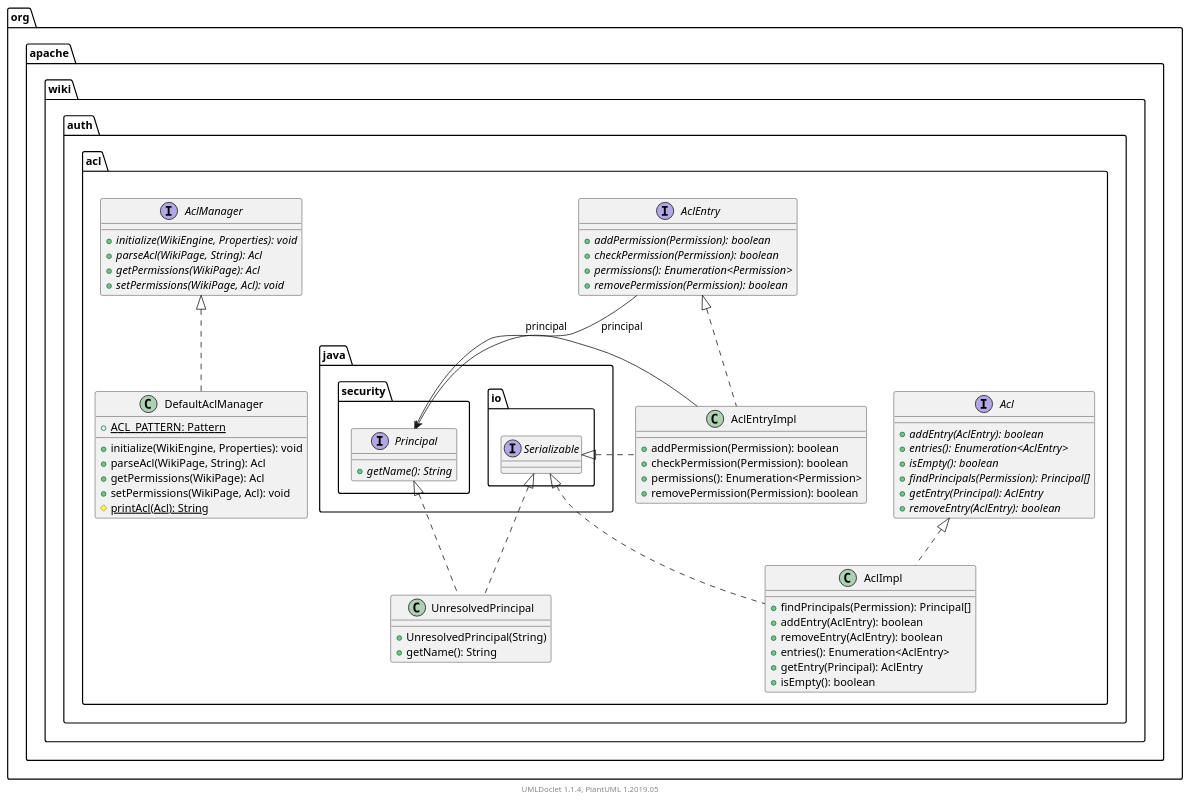
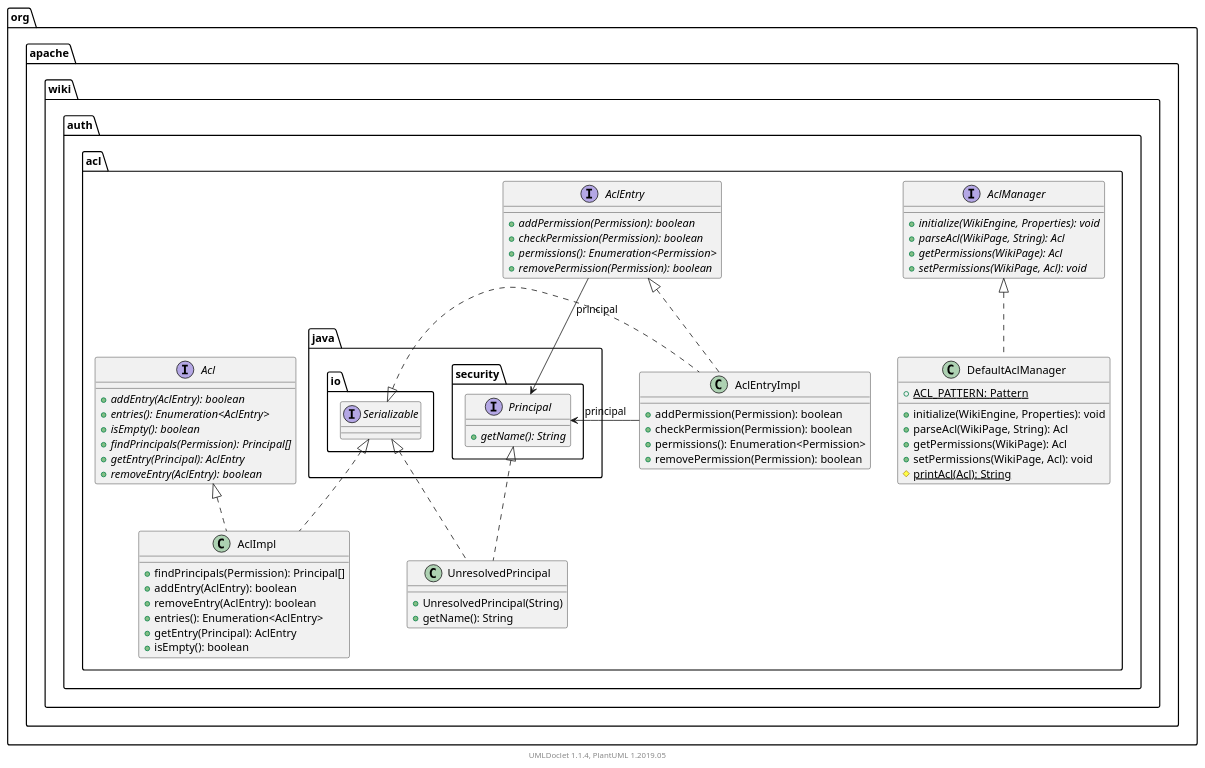
Before and after one commit to apache/jspwiki-site: the diagram in apidocs/2.11.0.M6-SNAPSHOT/org/apache/wiki/auth/acl/package.puml, drawn with PlantUML. The commit also changed other lines of this file and 1588 other files, not shown here.

```diff
--- a/apidocs/2.11.0.M6-SNAPSHOT/org/apache/wiki/auth/acl/package.puml
+++ b/apidocs/2.11.0.M6-SNAPSHOT/org/apache/wiki/auth/acl/package.puml
@@ -1,84 +1,84 @@
 @startuml
 
     namespace org.apache.wiki.auth.acl {
+
+        interface AclManager [[AclManager.html]] {
+            {abstract} +initialize(WikiEngine, Properties): void
+            {abstract} +parseAcl(WikiPage, String): Acl
+            {abstract} +getPermissions(WikiPage): Acl
+            {abstract} +setPermissions(WikiPage, Acl): void
+        }
+
+        class UnresolvedPrincipal [[UnresolvedPrincipal.html]] {
+            +UnresolvedPrincipal(String)
+            +getName(): String
+        }
+
+        interface AclEntry [[AclEntry.html]] {
+            {abstract} +addPermission(Permission): boolean
+            {abstract} +checkPermission(Permission): boolean
+            {abstract} +permissions(): Enumeration<Permission>
+            {abstract} +removePermission(Permission): boolean
+        }
+
+        class AclImpl [[AclImpl.html]] {
+            +findPrincipals(Permission): Principal[]
+            +addEntry(AclEntry): boolean
+            +removeEntry(AclEntry): boolean
+            +entries(): Enumeration<AclEntry>
+            +getEntry(Principal): AclEntry
+            +isEmpty(): boolean
+        }
 
         class AclEntryImpl [[AclEntryImpl.html]] {
             +addPermission(Permission): boolean
             +checkPermission(Permission): boolean
             +permissions(): Enumeration<Permission>
             +removePermission(Permission): boolean
         }
 
         interface Acl [[Acl.html]] {
             {abstract} +addEntry(AclEntry): boolean
             {abstract} +entries(): Enumeration<AclEntry>
             {abstract} +isEmpty(): boolean
             {abstract} +findPrincipals(Permission): Principal[]
             {abstract} +getEntry(Principal): AclEntry
             {abstract} +removeEntry(AclEntry): boolean
         }
 
         class DefaultAclManager [[DefaultAclManager.html]] {
             {static} +ACL_PATTERN: Pattern
             +initialize(WikiEngine, Properties): void
             +parseAcl(WikiPage, String): Acl
             +getPermissions(WikiPage): Acl
             +setPermissions(WikiPage, Acl): void
             {static} #printAcl(Acl): String
         }
 
-        class UnresolvedPrincipal [[UnresolvedPrincipal.html]] {
-            +UnresolvedPrincipal(String)
-            +getName(): String
-        }
-
-        interface AclEntry [[AclEntry.html]] {
-            {abstract} +addPermission(Permission): boolean
-            {abstract} +checkPermission(Permission): boolean
-            {abstract} +permissions(): Enumeration<Permission>
-            {abstract} +removePermission(Permission): boolean
-        }
-
-        class AclImpl [[AclImpl.html]] {
-            +findPrincipals(Permission): Principal[]
-            +addEntry(AclEntry): boolean
-            +removeEntry(AclEntry): boolean
-            +entries(): Enumeration<AclEntry>
-            +getEntry(Principal): AclEntry
-            +isEmpty(): boolean
-        }
-
-        interface AclManager [[AclManager.html]] {
-            {abstract} +initialize(WikiEngine, Properties): void
-            {abstract} +parseAcl(WikiPage, String): Acl
-            {abstract} +getPermissions(WikiPage): Acl
-            {abstract} +setPermissions(WikiPage, Acl): void
-        }
-
-        AclEntry <|.. AclEntryImpl
-
-        interface java.io.Serializable
-        java.io.Serializable <|.. AclEntryImpl
-
-        AclManager <|.. DefaultAclManager
-
         interface java.security.Principal {
             {abstract} +getName(): String
         }
         java.security.Principal <|.. UnresolvedPrincipal
 
+        interface java.io.Serializable
         java.io.Serializable <|.. UnresolvedPrincipal
 
         Acl <|.. AclImpl
 
         java.io.Serializable <|.. AclImpl
 
-        AclEntryImpl --> java.security.Principal: principal
+        AclEntry <|.. AclEntryImpl
+
+        java.io.Serializable <|.. AclEntryImpl
+
+        AclManager <|.. DefaultAclManager
 
         AclEntry --> java.security.Principal: principal
+
+        AclEntryImpl --> java.security.Principal: principal
 
     }
 
 
     center footer UMLDoclet 1.1.4, PlantUML 1.2019.05
 @enduml
```
